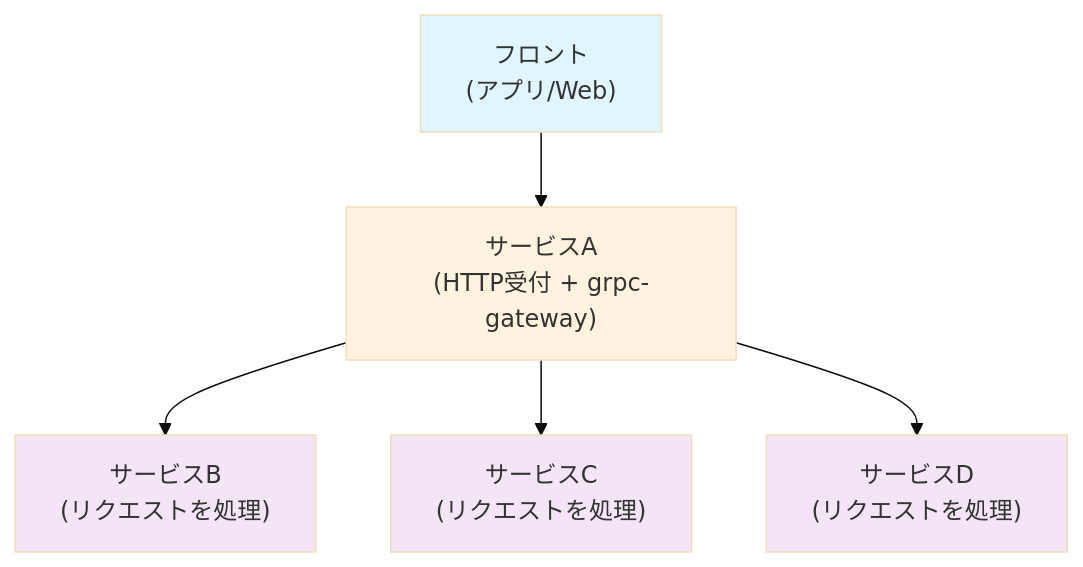
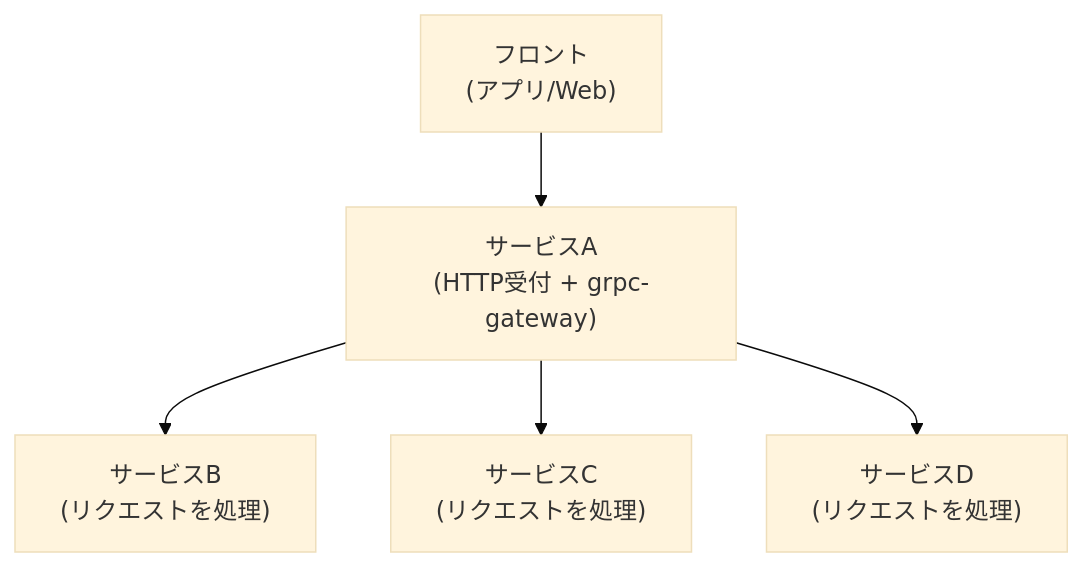
The first of 2 diagrams in articles/0d30698e6b1b57.md (k3forx/zenn), drawn with Mermaid (base theme) before and after one commit. The commit also changed other lines of this file, not shown here.

````diff
--- a/articles/0d30698e6b1b57.md
+++ b/articles/0d30698e6b1b57.md
@@ -33,13 +33,7 @@
 ```mermaid
 graph TD
     A["フロント<br/>(アプリ/Web)"] --> B["サービスA<br/>(HTTP受付 + grpc-gateway)"]
     B --> C["サービスB<br/>(リクエストを処理)"]
     B --> D["サービスC<br/>(リクエストを処理)"]
     B --> E["サービスD<br/>(リクエストを処理)"]
-
-    style A fill:#e1f5fe
-    style B fill:#fff3e0
-    style C fill:#f3e5f5
-    style D fill:#f3e5f5
-    style E fill:#f3e5f5
 ```
````
